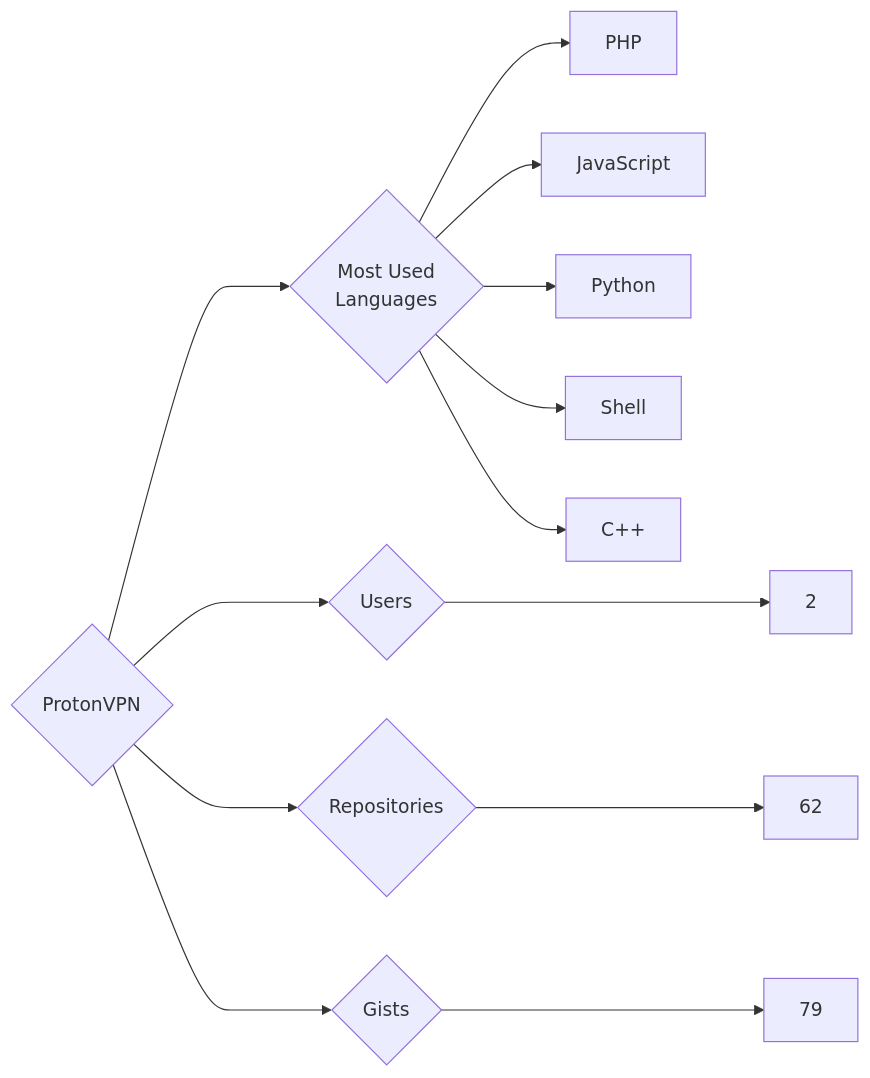
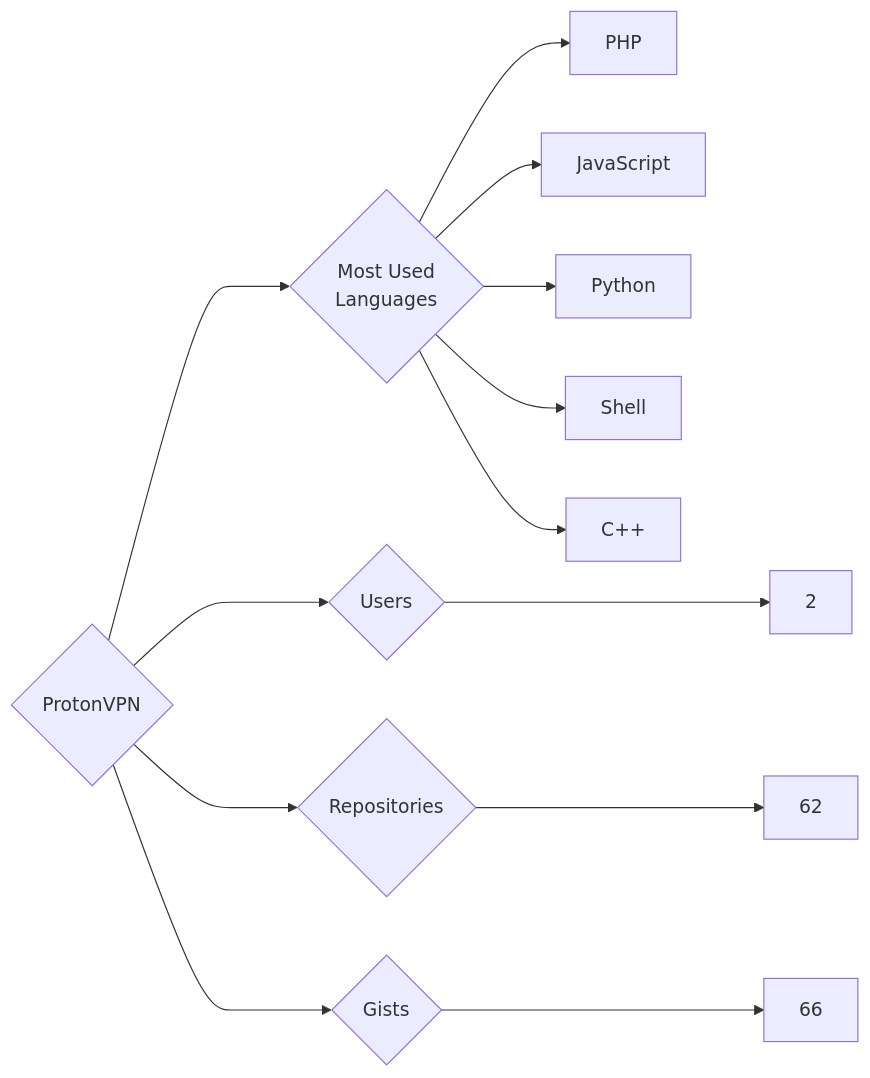
One commit to trickest/insiders changed the diagram in targets/ProtonVPN/README.md. Above: the diagram before and after it, drawn with Mermaid. The commit also changed 898 other files, not shown here.

````diff
--- a/targets/ProtonVPN/README.md
+++ b/targets/ProtonVPN/README.md
@@ -3,13 +3,13 @@
 ```mermaid
 graph LR
 COMPANY_NAME{ProtonVPN}
 COMPANY_NAME ---> U{Users} ---> UN[2]
 COMPANY_NAME ---> R{Repositories} ---> RN[62]
-COMPANY_NAME ---> G{Gists} ---> GN[79]
+COMPANY_NAME ---> G{Gists} ---> GN[66]
 COMPANY_NAME ---> ML{Most Used<br>Languages}
 ML --> PHP[PHP]
 ML --> JavaScript[JavaScript]
 ML --> Python[Python]
 ML --> Shell[Shell]
 ML --> C++[C++]
 ```
````
